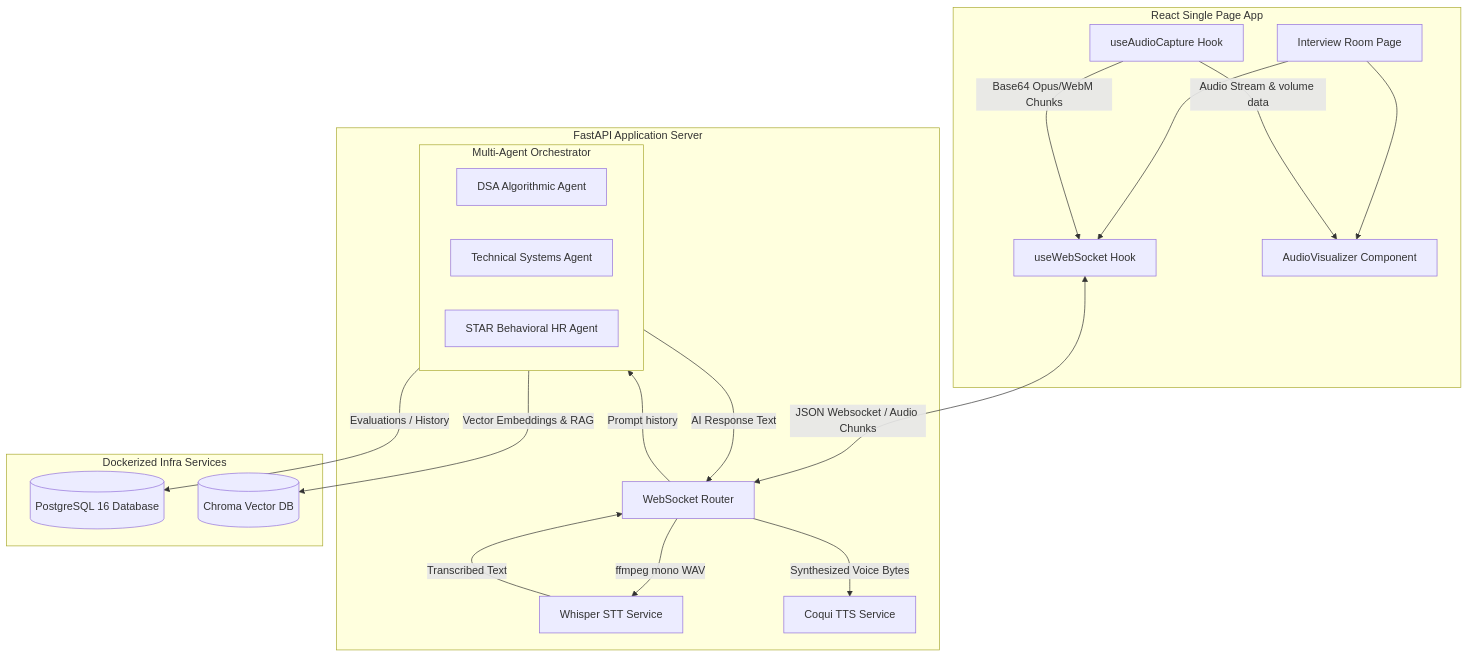
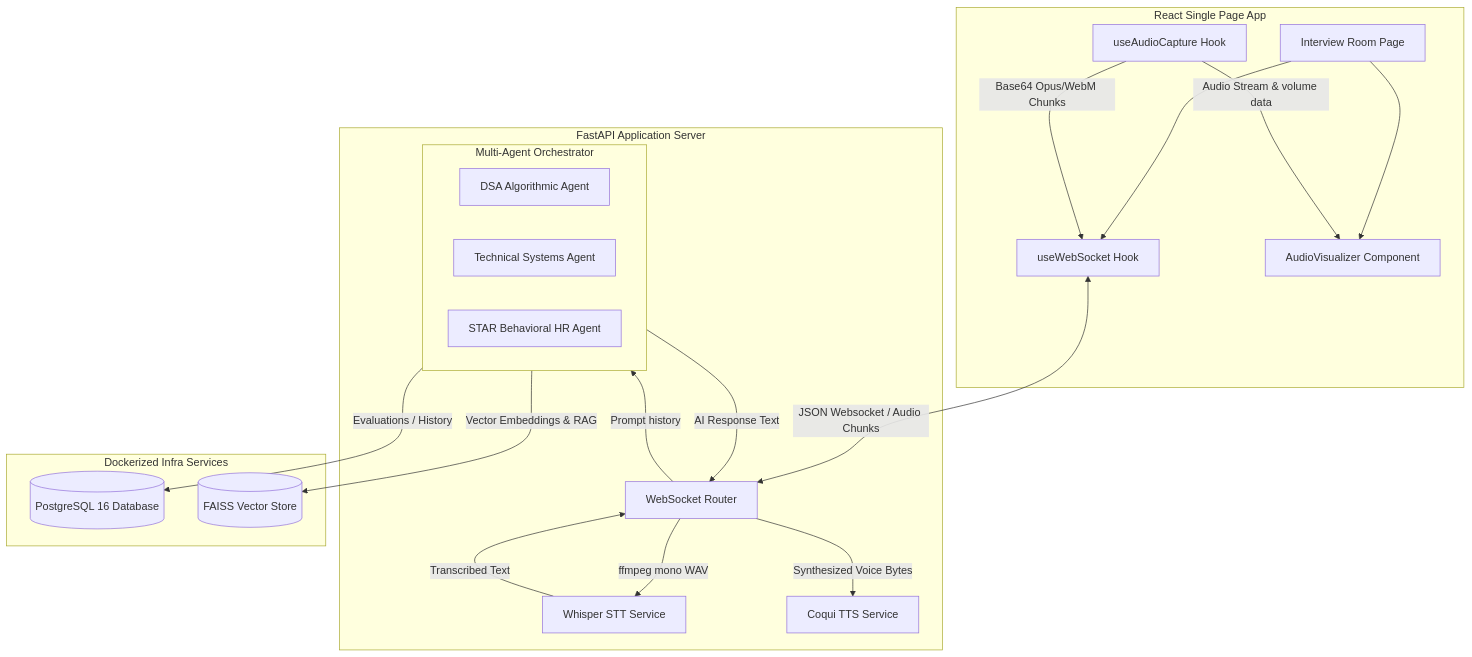
The first of 3 diagrams in README.md (VishalRathod21/Callback_Agent), drawn with Mermaid before and after one commit. The commit also changed other lines of this file and 28 other files, not shown here.

````diff
--- a/README.md
+++ b/README.md
@@ -27,46 +27,46 @@
 ```mermaid
 graph TD
     %% Frontend Components
     subgraph Frontend [React Single Page App]
         UI[Interview Room Page]
         WH[useWebSocket Hook]
         AC[useAudioCapture Hook]
         AV[AudioVisualizer Component]
     end
 
     %% Gateway & Backend Services
     subgraph Backend [FastAPI Application Server]
         WSC[WebSocket Router]
         STT[Whisper STT Service]
         TTS[Coqui TTS Service]
         
         %% Agents Layer
         subgraph Agents [Multi-Agent Orchestrator]
             DSA[DSA Algorithmic Agent]
             TECH[Technical Systems Agent]
             HR[STAR Behavioral HR Agent]
         end
     end
 
     %% Database & External Storage
     subgraph Infrastructure [Dockerized Infra Services]
         PG[(PostgreSQL 16 Database)]
-        CH[(Chroma Vector DB)]
+        FAISS[(FAISS Vector Store)]
     end
 
     %% Interactions
     UI --> WH
     UI --> AV
     AC -->|Audio Stream & volume data| AV
     AC -->|Base64 Opus/WebM Chunks| WH
     WH <-->|JSON Websocket / Audio Chunks| WSC
     
     WSC -->|ffmpeg mono WAV| STT
     WSC -->|Prompt history| Agents
     STT -->|Transcribed Text| WSC
     
     Agents -->|Evaluations / History| PG
-    Agents -->|Vector Embeddings & RAG| CH
+    Agents -->|Vector Embeddings & RAG| FAISS
     Agents -->|AI Response Text| WSC
     WSC -->|Synthesized Voice Bytes| TTS
 ```
````
